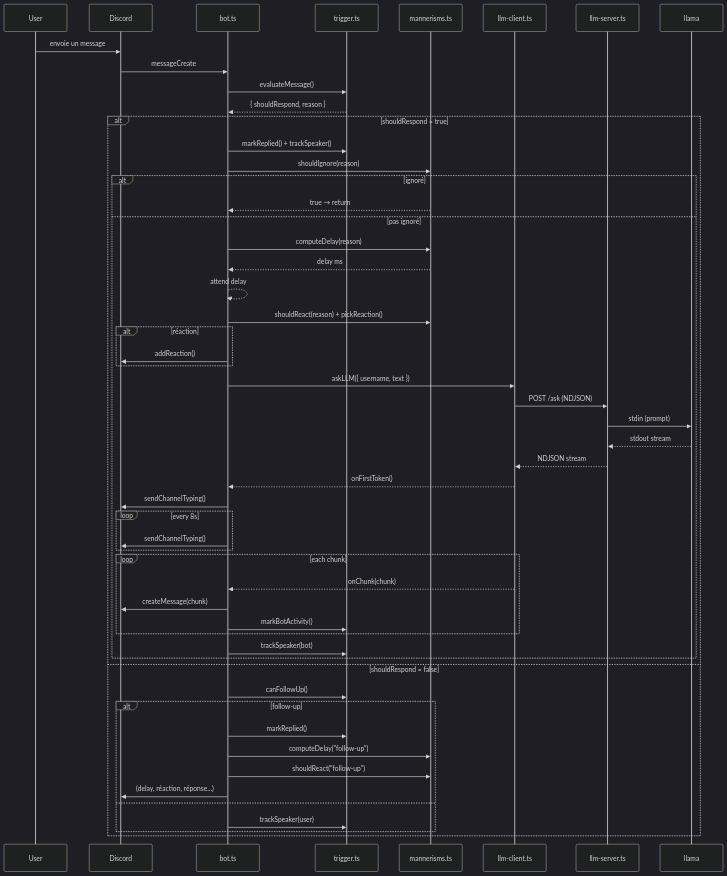
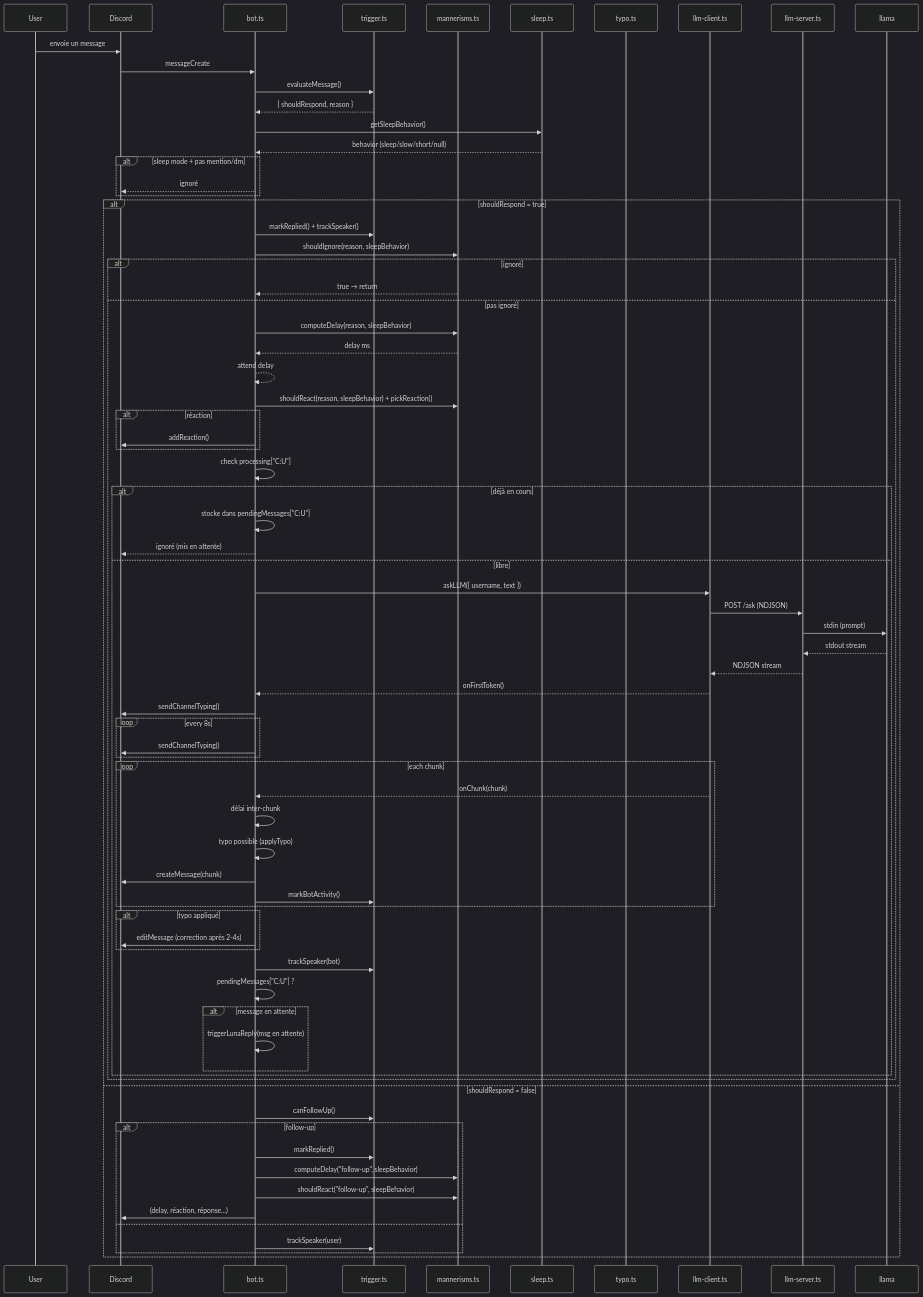
One commit to protocol-luna/krystal changed the sixth of 6 diagrams in README.md. Above: the diagram before and after it, drawn with Mermaid (dark theme). The commit also changed other lines of this file, not shown here.

Commit message:
update sequence diagram with sleep, typo, pending messages, inter-chunk delay

````diff
--- a/README.md
+++ b/README.md
@@ -435,58 +437,82 @@
 ```mermaid
 sequenceDiagram
     participant User
     participant Discord
     participant bot.ts
     participant trigger.ts
     participant mannerisms.ts
+    participant sleep.ts
+    participant typo.ts
     participant llm-client.ts
     participant llm-server.ts
     participant llama
 
     User->>Discord: envoie un message
     Discord->>bot.ts: messageCreate
     bot.ts->>trigger.ts: evaluateMessage()
     trigger.ts-->>bot.ts: { shouldRespond, reason }
 
+    bot.ts->>sleep.ts: getSleepBehavior()
+    sleep.ts-->>bot.ts: behavior (sleep/slow/short/null)
+    alt sleep mode + pas mention/dm
+        bot.ts-->>Discord: ignoré
+    end
+
     alt shouldRespond = true
         bot.ts->>trigger.ts: markReplied() + trackSpeaker()
-        bot.ts->>mannerisms.ts: shouldIgnore(reason)
+        bot.ts->>mannerisms.ts: shouldIgnore(reason, sleepBehavior)
         alt ignoré
             mannerisms.ts-->>bot.ts: true → return
         else pas ignoré
-            bot.ts->>mannerisms.ts: computeDelay(reason)
+            bot.ts->>mannerisms.ts: computeDelay(reason, sleepBehavior)
             mannerisms.ts-->>bot.ts: delay ms
             bot.ts-->>bot.ts: attend delay
-            bot.ts->>mannerisms.ts: shouldReact(reason) + pickReaction()
+            bot.ts->>mannerisms.ts: shouldReact(reason, sleepBehavior) + pickReaction()
             alt réaction
                 bot.ts->>Discord: addReaction()
             end
-            bot.ts->>llm-client.ts: askLLM({ username, text })
-            llm-client.ts->>llm-server.ts: POST /ask (NDJSON)
-            llm-server.ts->>llama: stdin (prompt)
-            llama-->>llm-server.ts: stdout stream
-            llm-server.ts-->>llm-client.ts: NDJSON stream
-            llm-client.ts-->>bot.ts: onFirstToken()
-            bot.ts->>Discord: sendChannelTyping()
-            loop every 8s
+
+            bot.ts->>bot.ts: check processing["C:U"]
+            alt déjà en cours
+                bot.ts->>bot.ts: stocke dans pendingMessages["C:U"]
+                bot.ts-->>Discord: ignoré (mis en attente)
+            else libre
+                bot.ts->>llm-client.ts: askLLM({ username, text })
+                llm-client.ts->>llm-server.ts: POST /ask (NDJSON)
+                llm-server.ts->>llama: stdin (prompt)
+                llama-->>llm-server.ts: stdout stream
+                llm-server.ts-->>llm-client.ts: NDJSON stream
+                llm-client.ts-->>bot.ts: onFirstToken()
                 bot.ts->>Discord: sendChannelTyping()
+                loop every 8s
+                    bot.ts->>Discord: sendChannelTyping()
+                end
+                loop each chunk
+                    llm-client.ts-->>bot.ts: onChunk(chunk)
+                    bot.ts->>bot.ts: délai inter-chunk
+                    bot.ts->>bot.ts: typo possible (applyTypo)
+                    bot.ts->>Discord: createMessage(chunk)
+                    bot.ts->>trigger.ts: markBotActivity()
+                end
+                alt typo appliqué
+                    bot.ts->>Discord: editMessage (correction après 2-4s)
+                end
+                bot.ts->>trigger.ts: trackSpeaker(bot)
+                bot.ts->>bot.ts: pendingMessages["C:U"] ?
+                alt message en attente
+                    bot.ts->>bot.ts: triggerLunaReply(msg en attente)
+                end
             end
-            loop each chunk
-                llm-client.ts-->>bot.ts: onChunk(chunk)
-                bot.ts->>Discord: createMessage(chunk)
-                bot.ts->>trigger.ts: markBotActivity()
-            end
-            bot.ts->>trigger.ts: trackSpeaker(bot)
         end
     else shouldRespond = false
         bot.ts->>trigger.ts: canFollowUp()
         alt follow-up
             bot.ts->>trigger.ts: markReplied()
-            bot.ts->>mannerisms.ts: computeDelay("follow-up")
-            bot.ts->>mannerisms.ts: shouldReact("follow-up")
+            bot.ts->>mannerisms.ts: computeDelay("follow-up", sleepBehavior)
+            bot.ts->>mannerisms.ts: shouldReact("follow-up", sleepBehavior)
             bot.ts->>Discord: (delay, réaction, réponse...)
         else
             bot.ts->>trigger.ts: trackSpeaker(user)
         end
     end
 ```
````
